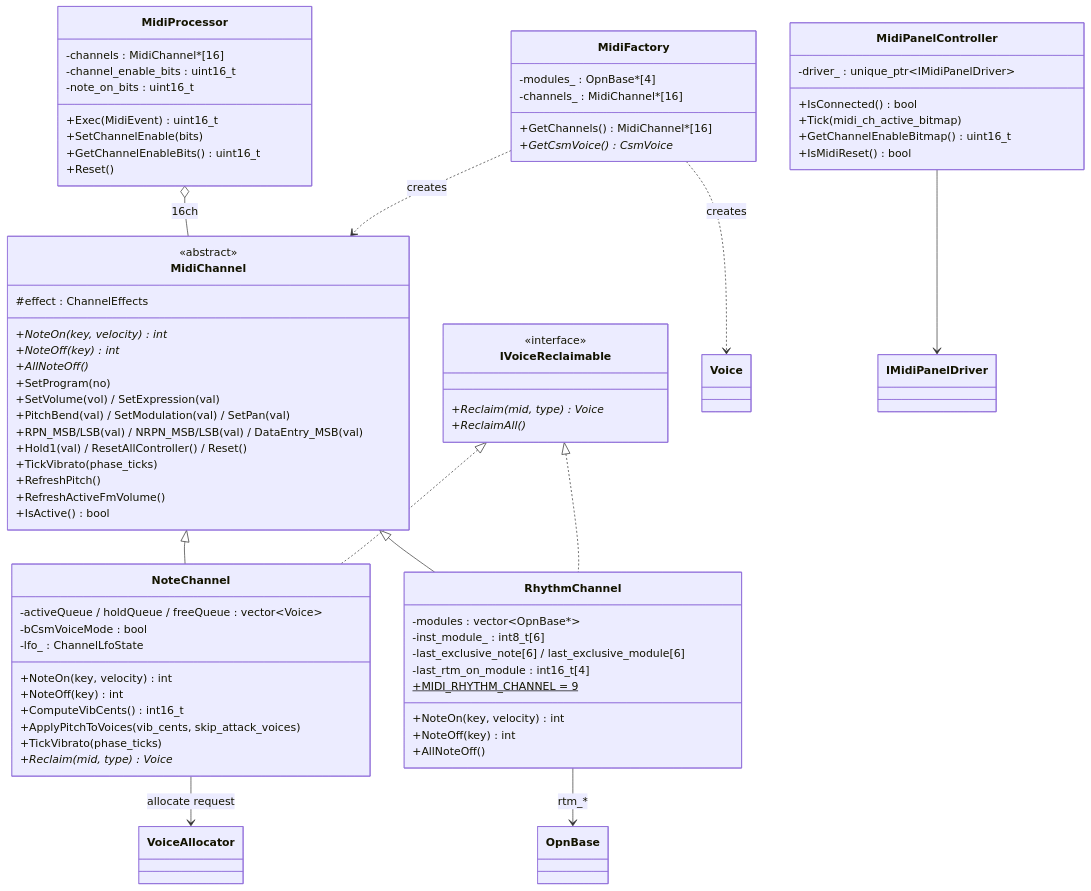
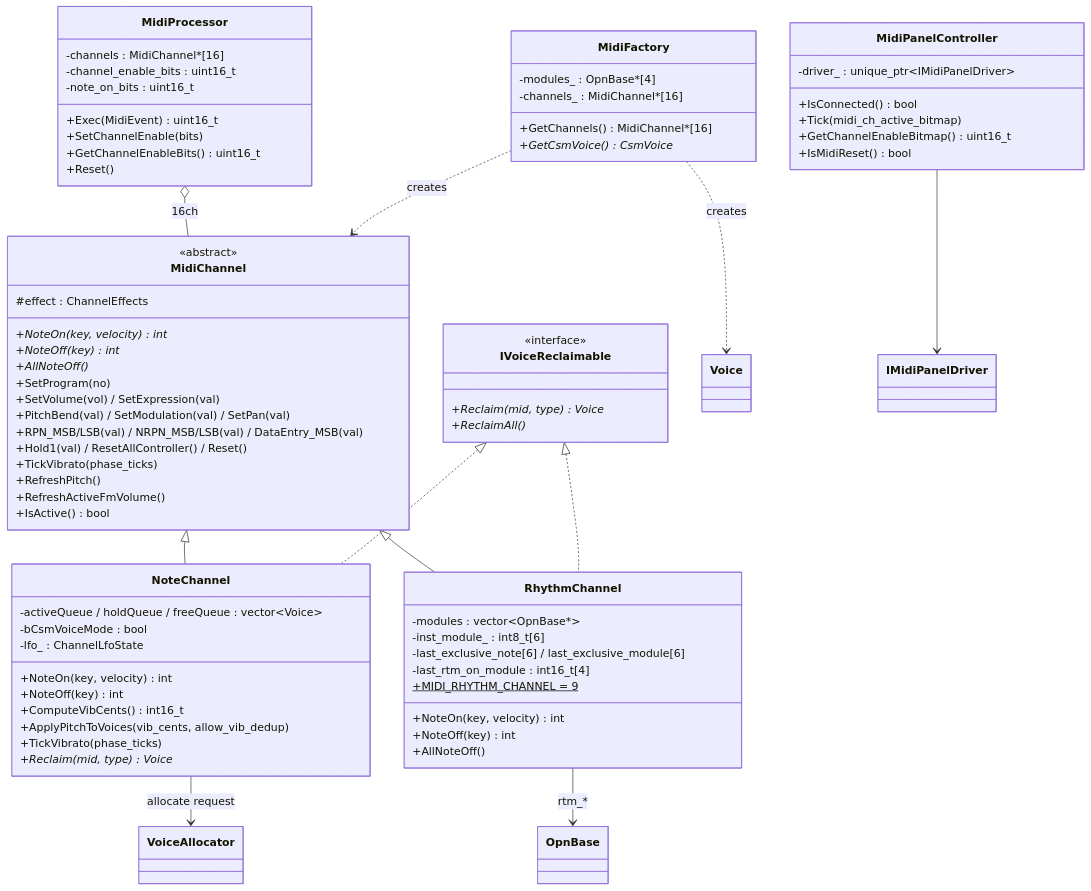
Before and after one commit to 46nori/FMSynthEnsembleV3: the first of 2 diagrams in doc/domain/domain_synth.md, drawn with Mermaid. The commit also changed other lines of this file and 42 other files, not shown here.

```diff
--- a/doc/domain/domain_synth.md
+++ b/doc/domain/domain_synth.md
@@ -55,7 +55,7 @@
         +NoteOn(key, velocity) int
         +NoteOff(key) int
         +ComputeVibCents() int16_t
-        +ApplyPitchToVoices(vib_cents, skip_attack_voices)
+        +ApplyPitchToVoices(vib_cents, allow_vib_dedup)
         +TickVibrato(phase_ticks)
         +Reclaim(mid, type) Voice*
     }
```
